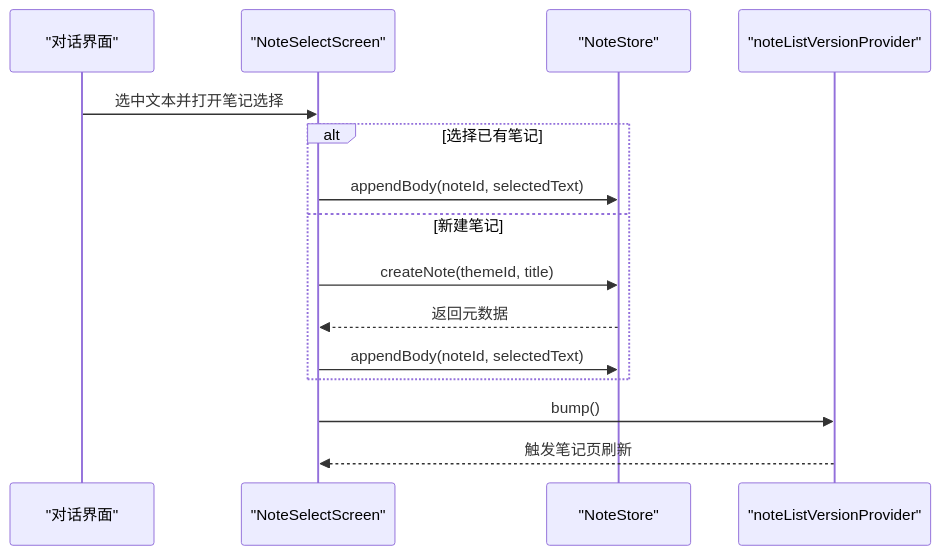
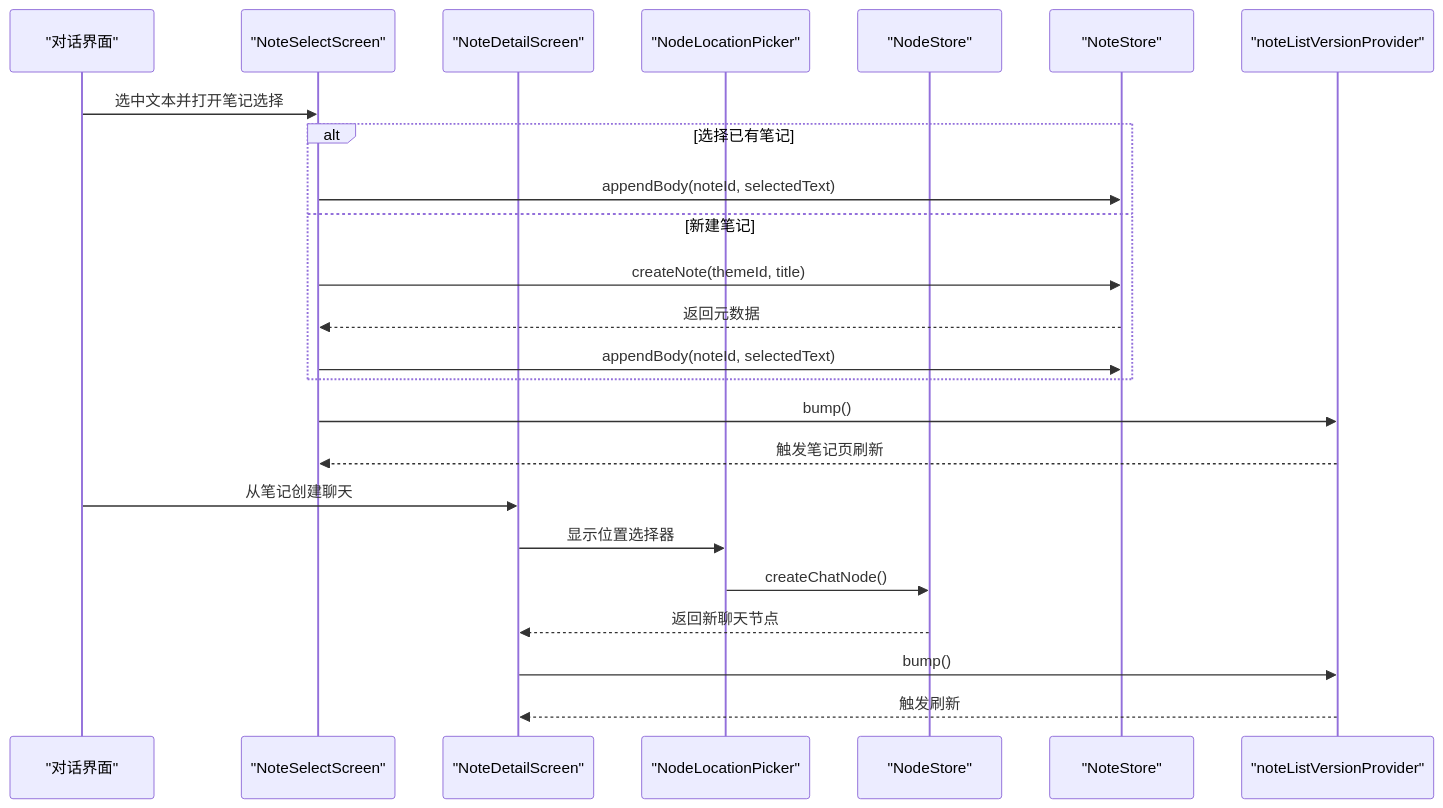
One commit to Ykworm/thktree changed the seventh of 9 diagrams in .qoder/repowiki/zh/content/核心功能模块/笔记系统/笔记系统.md. Above: the diagram before and after it, drawn with Mermaid. The commit also changed other lines of this file and 45 other files, not shown here.

````diff
--- a/.qoder/repowiki/zh/content/核心功能模块/笔记系统/笔记系统.md
+++ b/.qoder/repowiki/zh/content/核心功能模块/笔记系统/笔记系统.md
@@ -260,17 +365,26 @@
 ```mermaid
 sequenceDiagram
 participant Chat as "对话界面"
 participant NS as "NoteSelectScreen"
+participant ND as "NoteDetailScreen"
+participant NLP as "NodeLocationPicker"
+participant NodeStore as "NodeStore"
 participant NSStore as "NoteStore"
 participant VS as "noteListVersionProvider"
 Chat->>NS : 选中文本并打开笔记选择
 alt 选择已有笔记
 NS->>NSStore : appendBody(noteId, selectedText)
 else 新建笔记
 NS->>NSStore : createNote(themeId, title)
 NSStore-->>NS : 返回元数据
 NS->>NSStore : appendBody(noteId, selectedText)
 end
 NS->>VS : bump()
 VS-->>NS : 触发笔记页刷新
+Chat->>ND : 从笔记创建聊天
+ND->>NLP : 显示位置选择器
+NLP->>NodeStore : createChatNode()
+NodeStore-->>ND : 返回新聊天节点
+ND->>VS : bump()
+VS-->>ND : 触发刷新
 ```
````
